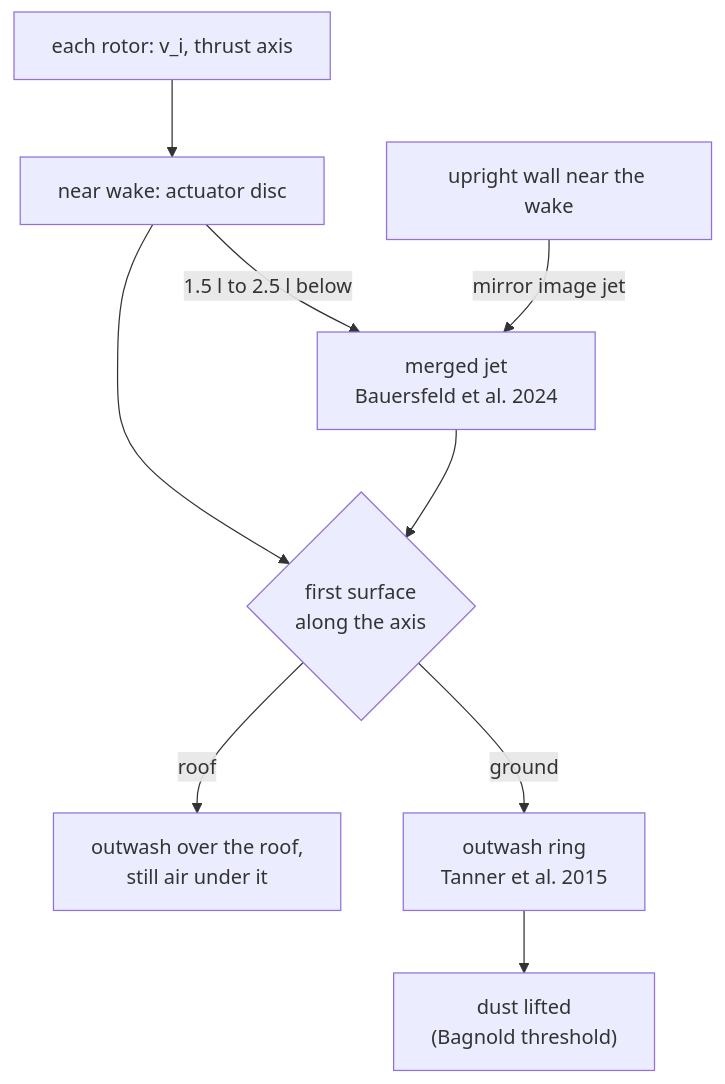
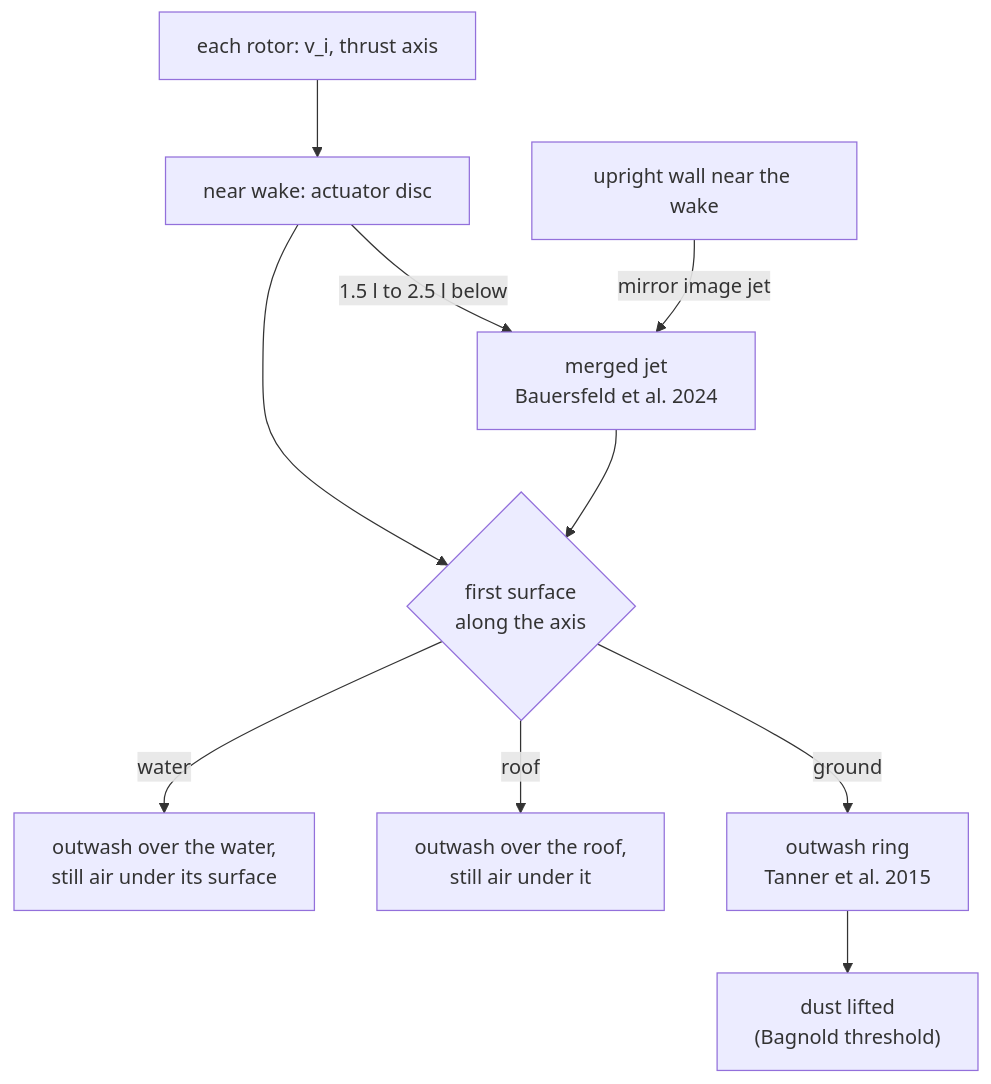
The first of 2 diagrams in docs/physics/downwash.md (Open-Physical-Systems/Lagrange), drawn with Mermaid before and after one commit. The commit also changed other lines of this file and 54 other files, not shown here.

Commit message:
feat(mod/hydrodynamics): downwash on water: a moving surface, spray, and its optics in the realistic look (#449)

````diff
--- a/docs/physics/downwash.md
+++ b/docs/physics/downwash.md
@@ -19,11 +19,12 @@
 ```mermaid
 flowchart TB
     R["each rotor: v_i, thrust axis"] --> N["near wake: actuator disc"]
     N -->|"1.5 l to 2.5 l below"| J["merged jet<br/>Bauersfeld et al. 2024"]
     J --> G{"first surface<br/>along the axis"}
     N --> G
     G -->|ground| O["outwash ring<br/>Tanner et al. 2015"]
     G -->|roof| OR["outwash over the roof,<br/>still air under it"]
+    G -->|water| OW["outwash over the water,<br/>still air under its surface"]
     WL["upright wall near the wake"] -->|"mirror image jet"| J
     O --> DU["dust lifted<br/>(Bagnold threshold)"]
 ```
````
